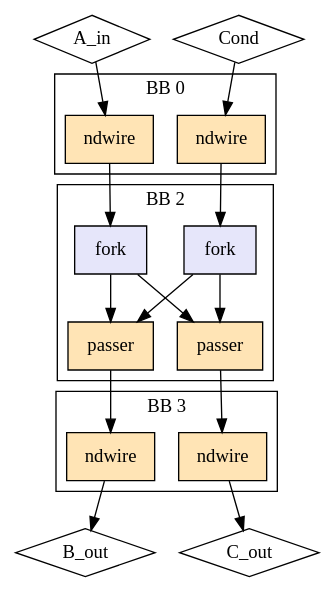
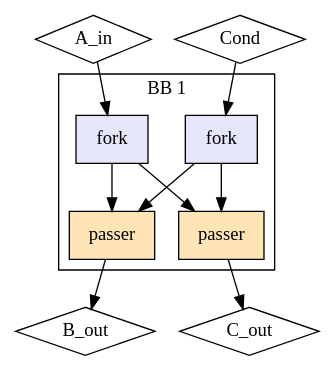
One commit to EPFL-LAP/dynamatic changed the diagram in experimental/tools/elastic-miter/out/sup_fork/rhs_reachability/model.dot. Above: the diagram before and after it, drawn with Graphviz. The commit also changed 932 other files, not shown here.

```diff
--- a/experimental/tools/elastic-miter/out/sup_fork/rhs_reachability/model.dot
+++ b/experimental/tools/elastic-miter/out/sup_fork/rhs_reachability/model.dot
@@ -1,37 +1,23 @@
 Digraph G {
   splines=spline
   compound=true
   "A_in" ["style"="solid", "shape"="diamond", "label"="A_in", "mlir_op"="handshake.func"]
   "Cond" ["style"="solid", "shape"="diamond", "label"="Cond", "mlir_op"="handshake.func"]
   "B_out" ["style"="solid", "shape"="diamond", "label"="B_out", "mlir_op"="handshake.func"]
   "C_out" ["style"="solid", "shape"="diamond", "label"="C_out", "mlir_op"="handshake.func"]
-  "A_in" -> "ndw_in_A_in" ["dir"="both", "style"="solid", "arrowhead"="normal", "from_idx"="0", "to"="ins", "arrowtail"="none", "from"="A_in", "to_idx"="0"]
-  "Cond" -> "ndw_in_Cond" ["dir"="both", "style"="solid", "arrowhead"="normal", "from_idx"="1", "to"="ins", "arrowtail"="none", "from"="Cond", "to_idx"="0"]
-  "ndw_in_A_in" -> "fork" ["dir"="both", "style"="solid", "arrowhead"="normal", "from_idx"="0", "to"="ins", "arrowtail"="none", "from"="outs", "to_idx"="0"]
-  "ndw_in_Cond" -> "fork_cond" ["dir"="both", "style"="solid", "arrowhead"="normal", "from_idx"="0", "to"="ins", "arrowtail"="none", "from"="outs", "to_idx"="0"]
-  "ndw_out_B_out" -> "B_out" ["dir"="both", "style"="solid", "arrowhead"="normal", "from_idx"="0", "to"="B_out", "arrowtail"="none", "from"="outs", "to_idx"="0"]
-  "ndw_out_C_out" -> "C_out" ["dir"="both", "style"="solid", "arrowhead"="normal", "from_idx"="0", "to"="C_out", "arrowtail"="none", "from"="outs", "to_idx"="1"]
-  "passer1" -> "ndw_out_B_out" ["dir"="both", "style"="solid", "arrowhead"="normal", "from_idx"="0", "to"="ins", "arrowtail"="none", "from"="result", "to_idx"="0"]
-  "passer2" -> "ndw_out_C_out" ["dir"="both", "style"="solid", "arrowhead"="normal", "from_idx"="0", "to"="ins", "arrowtail"="none", "from"="result", "to_idx"="0"]
-  subgraph cluster0 {
-    graph ["label"="BB 0"]
-    "ndw_in_A_in" ["style"="filled", "fillcolor"="moccasin", "shape"="box", "label"="ndwire", "mlir_op"="handshake.ndwire"]
-    "ndw_in_Cond" ["style"="filled", "fillcolor"="moccasin", "shape"="box", "label"="ndwire", "mlir_op"="handshake.ndwire"]
-  }
-  subgraph cluster3 {
-    graph ["label"="BB 3"]
-    "ndw_out_B_out" ["style"="filled", "fillcolor"="moccasin", "shape"="box", "label"="ndwire", "mlir_op"="handshake.ndwire"]
-    "ndw_out_C_out" ["style"="filled", "fillcolor"="moccasin", "shape"="box", "label"="ndwire", "mlir_op"="handshake.ndwire"]
-  }
-  subgraph cluster2 {
-    graph ["label"="BB 2"]
+  "A_in" -> "fork" ["dir"="both", "style"="solid", "arrowhead"="normal", "from_idx"="0", "to"="ins", "arrowtail"="none", "from"="A_in", "to_idx"="0"]
+  "Cond" -> "fork_cond" ["dir"="both", "style"="solid", "arrowhead"="normal", "from_idx"="1", "to"="ins", "arrowtail"="none", "from"="Cond", "to_idx"="0"]
+  "passer1" -> "B_out" ["dir"="both", "style"="solid", "arrowhead"="normal", "from_idx"="0", "to"="B_out", "arrowtail"="none", "from"="result", "to_idx"="0"]
+  "passer2" -> "C_out" ["dir"="both", "style"="solid", "arrowhead"="normal", "from_idx"="0", "to"="C_out", "arrowtail"="none", "from"="result", "to_idx"="1"]
+  subgraph cluster1 {
+    graph ["label"="BB 1"]
     "fork" ["style"="filled", "fillcolor"="lavender", "shape"="box", "label"="fork", "mlir_op"="handshake.fork"]
     "fork_cond" ["style"="filled", "fillcolor"="lavender", "shape"="box", "label"="fork", "mlir_op"="handshake.fork"]
     "passer1" ["style"="filled", "fillcolor"="moccasin", "shape"="box", "label"="passer", "mlir_op"="handshake.passer"]
     "passer2" ["style"="filled", "fillcolor"="moccasin", "shape"="box", "label"="passer", "mlir_op"="handshake.passer"]
     "fork" -> "passer1" ["dir"="both", "style"="solid", "arrowhead"="normal", "from_idx"="0", "to"="data", "arrowtail"="none", "from"="outs_0", "to_idx"="0"]
     "fork" -> "passer2" ["dir"="both", "style"="solid", "arrowhead"="normal", "from_idx"="1", "to"="data", "arrowtail"="none", "from"="outs_1", "to_idx"="0"]
     "fork_cond" -> "passer1" ["dir"="both", "style"="solid", "arrowhead"="normal", "from_idx"="0", "to"="ctrl", "arrowtail"="none", "from"="outs_0", "to_idx"="1"]
     "fork_cond" -> "passer2" ["dir"="both", "style"="solid", "arrowhead"="normal", "from_idx"="1", "to"="ctrl", "arrowtail"="none", "from"="outs_1", "to_idx"="1"]
   }
 }
```
